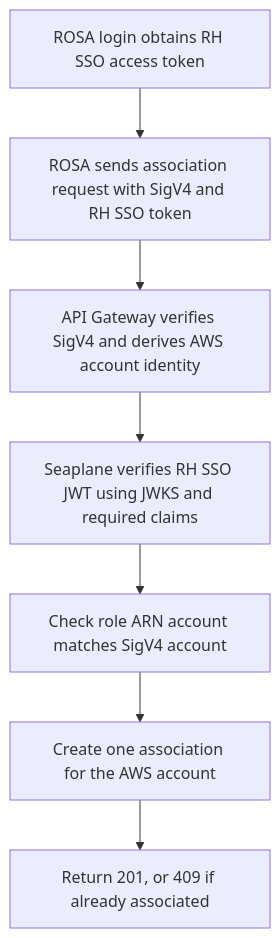
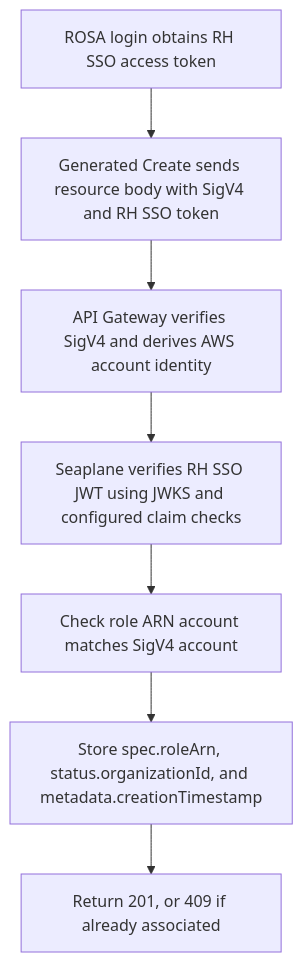
One commit to gdbranco/rosa-seaplane-api changed the diagram in docs/api/cloud-discovery-associations-poc.md. Above: the diagram before and after it, drawn with Mermaid. The commit also changed other lines of this file and 47 other files, not shown here.

Commit message:
feat: poc aws role association to rh account

````diff
--- a/docs/api/cloud-discovery-associations-poc.md
+++ b/docs/api/cloud-discovery-associations-poc.md
@@ -87,12 +130,12 @@
 ```mermaid
 flowchart TD
     Login["ROSA login obtains RH SSO access token"]
-    Client["ROSA sends association request with SigV4 and RH SSO token"]
+    Client["Generated Create sends resource body with SigV4 and RH SSO token"]
     Gateway["API Gateway verifies SigV4 and derives AWS account identity"]
-    Auth["Seaplane verifies RH SSO JWT using JWKS and required claims"]
+    Auth["Seaplane verifies RH SSO JWT using JWKS and configured claim checks"]
     SameAccount["Check role ARN account matches SigV4 account"]
-    Store["Create one association for the AWS account"]
+    Store["Store spec.roleArn, status.organizationId, and metadata.creationTimestamp"]
     Result["Return 201, or 409 if already associated"]
 
     Login --> Client --> Gateway --> Auth --> SameAccount --> Store --> Result
 ```
````
